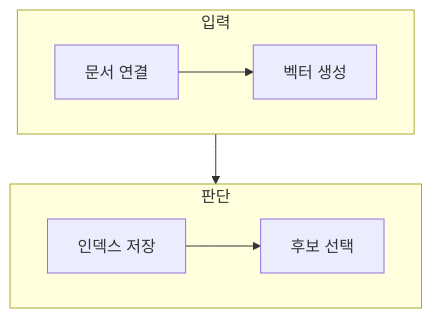
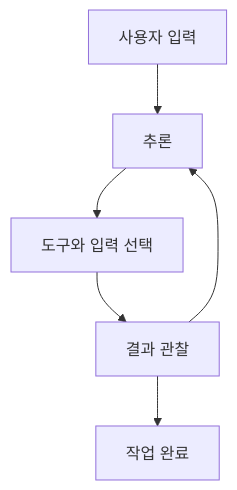
One commit to umyunsang/edu changed the diagram in ComputerScience/03_ai-ml-data/large-language-models/notes/51. LangChain 체인·에이전트·메모리와 LCEL.md. Above: the diagram before and after it, drawn with Mermaid. The commit also changed other lines of this file and 4 other files, not shown here.

````diff
--- a/ComputerScience/03_ai-ml-data/large-language-models/notes/51. LangChain 체인·에이전트·메모리와 LCEL.md
+++ b/ComputerScience/03_ai-ml-data/large-language-models/notes/51. LangChain 체인·에이전트·메모리와 LCEL.md
@@ -24,12 +86,8 @@
 ```mermaid
 flowchart TB
-    subgraph Input[입력]
-        direction LR
-        A[문서 연결] --> B[벡터 생성]
-    end
-    subgraph Decision[판단]
-        direction LR
-        C[인덱스 저장] --> D[후보 선택]
-    end
-    B --> C
+  A["사용자 입력"] --> B["추론"]
+  B --> C["도구와 입력 선택"]
+  C --> D["결과 관찰"]
+  D --> B
+  D --> E["작업 완료"]
 ```
````
